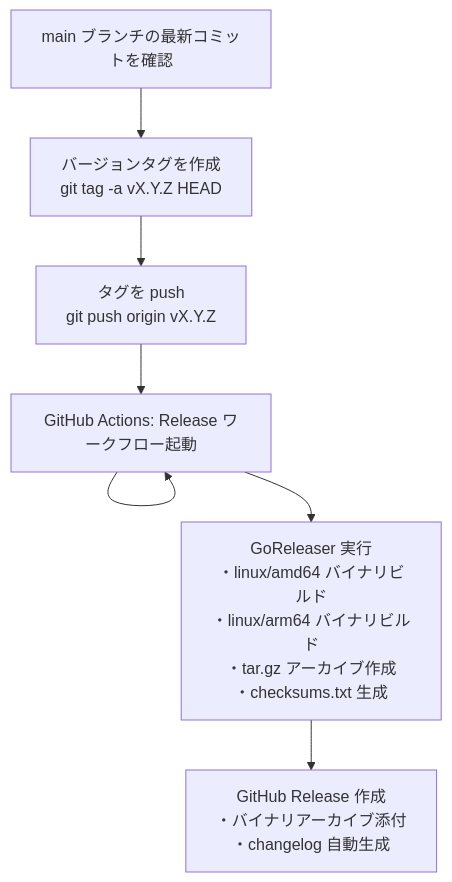
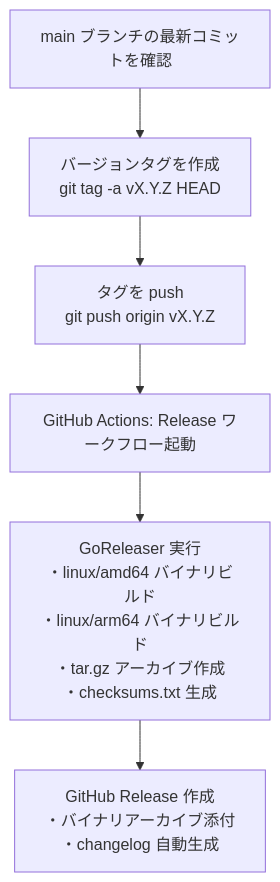
The diagram in docs/dev/developer_guide/release_process.ja.md (isseis/tlsrpt-digest), drawn with Mermaid before and after one commit.

Commit message:
docs(release): fix duplicate node transition in Mermaid flowchart
D --> D was a typo; corrected to D --> E.

````diff
--- a/docs/dev/developer_guide/release_process.ja.md
+++ b/docs/dev/developer_guide/release_process.ja.md
@@ -9,11 +9,11 @@
 ```mermaid
 flowchart TD
     A["main ブランチの最新コミットを確認"]
     B["バージョンタグを作成<br>git tag -a vX.Y.Z HEAD"]
     C["タグを push<br>git push origin vX.Y.Z"]
     D["GitHub Actions: Release ワークフロー起動"]
     E["GoReleaser 実行<br>・linux/amd64 バイナリビルド<br>・linux/arm64 バイナリビルド<br>・tar.gz アーカイブ作成<br>・checksums.txt 生成"]
     F["GitHub Release 作成<br>・バイナリアーカイブ添付<br>・changelog 自動生成"]
 
-    A --> B --> C --> D --> D --> E --> F
+    A --> B --> C --> D --> E --> F
 ```
````
